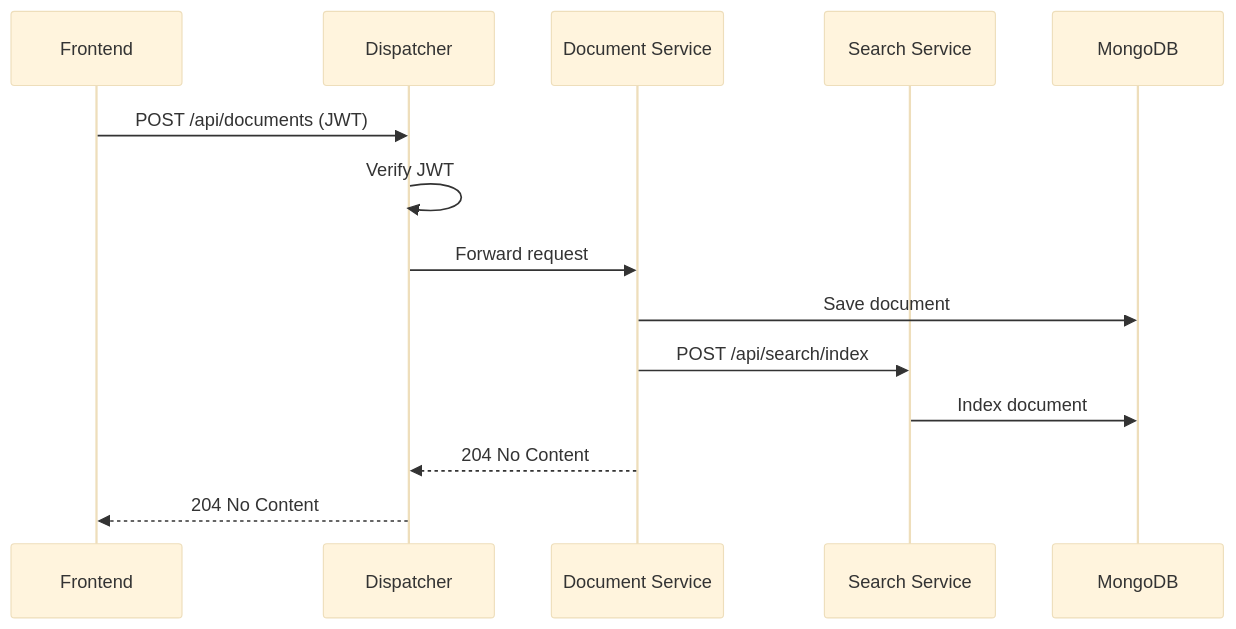
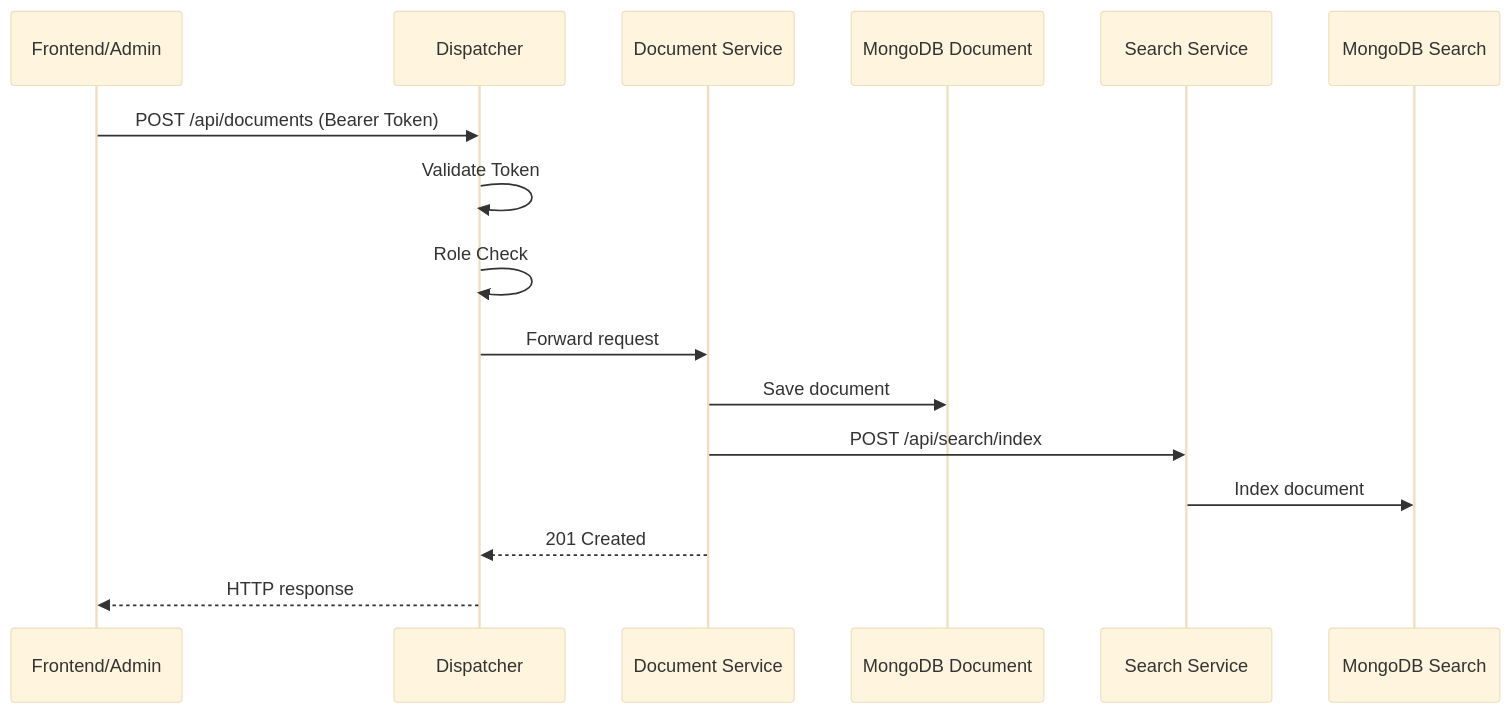
Before and after one commit to sudenazguldal/YAZ-LAB-II-KurumArsivi: the third of 5 diagrams in README.md, drawn with Mermaid (base theme). The commit also changed other lines of this file, not shown here.

First line of the commit message:
Enhance README with service details and diagrams

````diff
--- a/README.md
+++ b/README.md
@@ -91,17 +108,19 @@
 ```mermaid
 sequenceDiagram
-    participant F as Frontend
+    participant F as Frontend/Admin
     participant D as Dispatcher
-    participant Doc as Document Service
+    participant DOC as Document Service
+    participant MDB as MongoDB Document
     participant S as Search Service
-    participant DB as MongoDB
+    participant SDB as MongoDB Search
 
-    F->>D: POST /api/documents (JWT)
-    D->>D: Verify JWT
-    D->>Doc: Forward request
-    Doc->>DB: Save document
-    Doc->>S: POST /api/search/index
-    S->>DB: Index document
-    Doc-->>D: 204 No Content
-    D-->>F: 204 No Content
+    F->>D: POST /api/documents (Bearer Token)
+    D->>D: Validate Token
+    D->>D: Role Check
+    D->>DOC: Forward request
+    DOC->>MDB: Save document
+    DOC->>S: POST /api/search/index
+    S->>SDB: Index document
+    DOC-->>D: 201 Created 
+    D-->>F: HTTP response 
 ```
````
